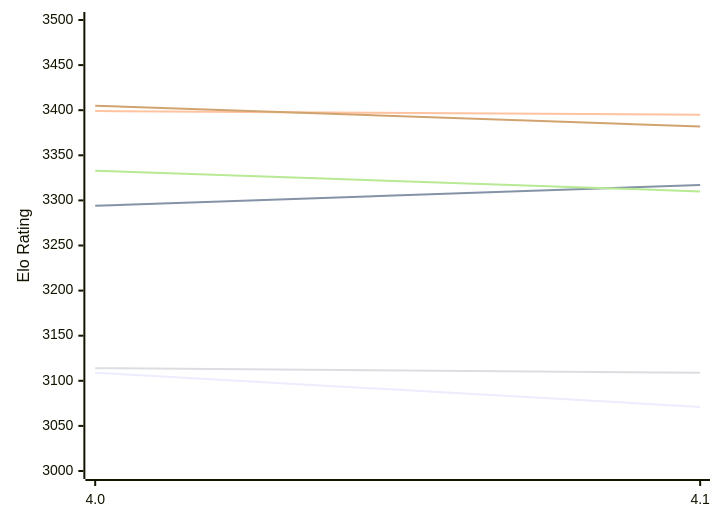
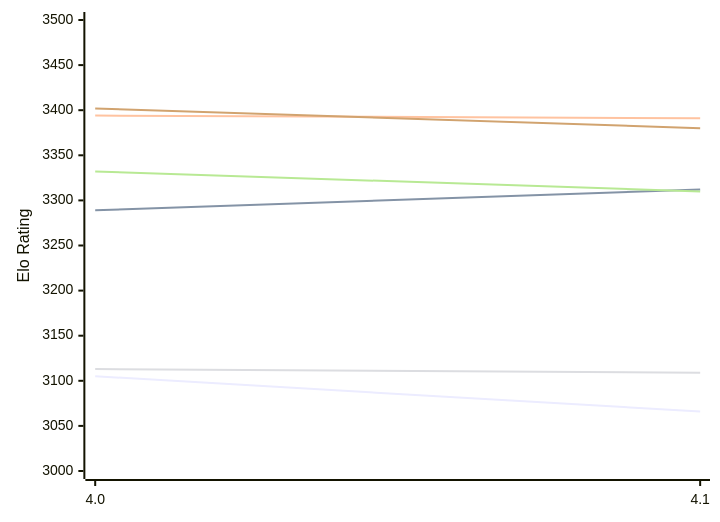
Before and after one commit to computer-chess-index/cci: the first of 2 diagrams in engines/Petrel.md, drawn with Mermaid. The commit also changed other lines of this file, not shown here.

Commit message:
Update CCI Ratings (ELO VLTC) - 2026-11-26

````diff
--- a/engines/Petrel.md
+++ b/engines/Petrel.md
@@ -57,12 +57,12 @@
 ```mermaid
 %%{init: {"theme":"base","themeVariables":{"seriesColors:['#a3a3a3','#222221','#faa371']}}}%%
 xychart-beta
   x-axis ["4.0", "4.1"]
   y-axis "Elo Rating" 3000 --> 3500
-  line "E1: STC (8.0+0.08s)" [3109, 3071]
-  line "E1: LTC (60.0+0.60s)" [3294, 3317]
-  line "E1: VLTC (2m24s+1.12s)" [3399, 3395]
-  line "P1: STC (8.0+0.08s)" [3114, 3109]
-  line "P1: LTC (60.0+0.60s)" [3333, 3310]
-  line "P1: VLTC (2m24s+1.12s)" [3405, 3382]
+  line "E1: STC (8.0+0.08s)" [3105, 3066]
+  line "E1: LTC (60.0+0.60s)" [3289, 3312]
+  line "E1: VLTC (2m24s+1.12s)" [3394, 3391]
+  line "P1: STC (8.0+0.08s)" [3113, 3109]
+  line "P1: LTC (60.0+0.60s)" [3332, 3310]
+  line "P1: VLTC (2m24s+1.12s)" [3402, 3380]
 ```
````
